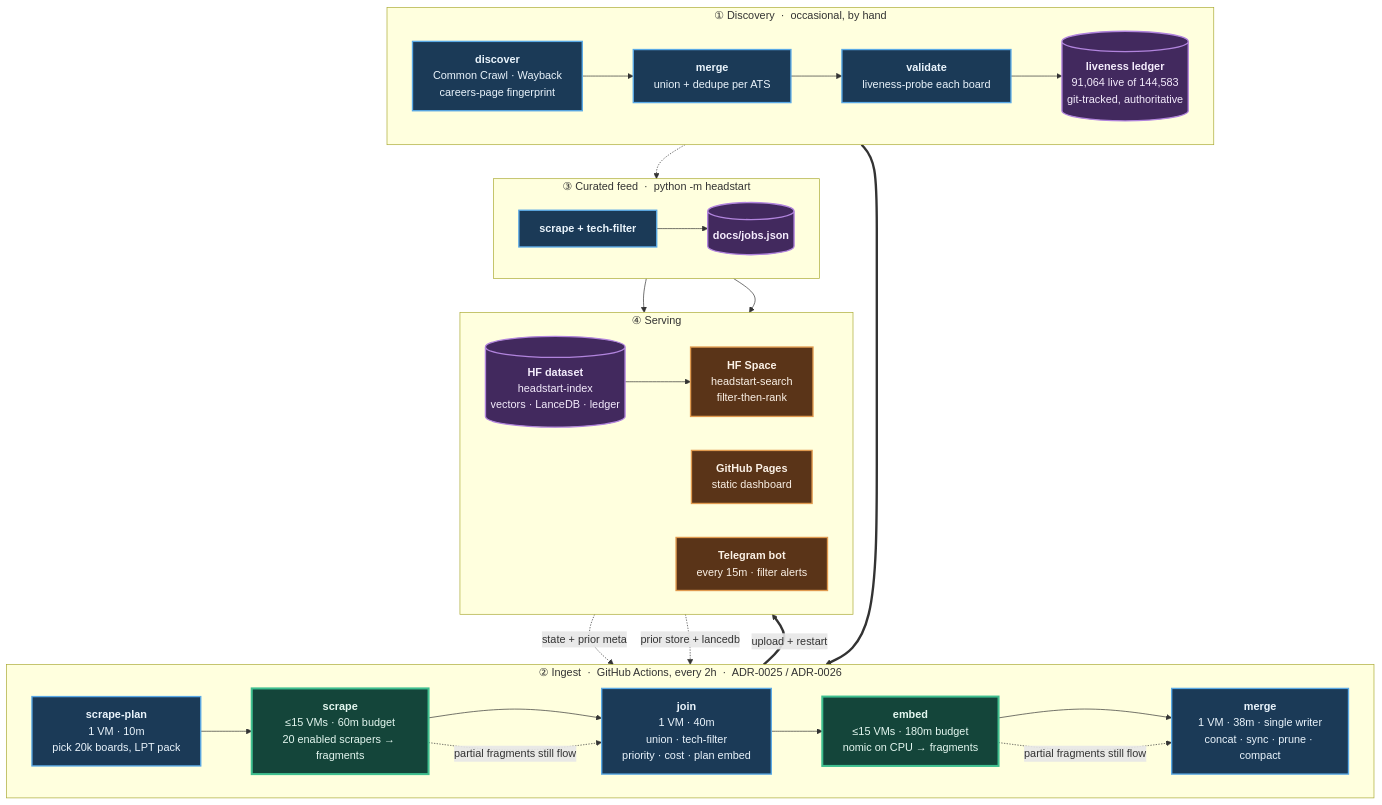
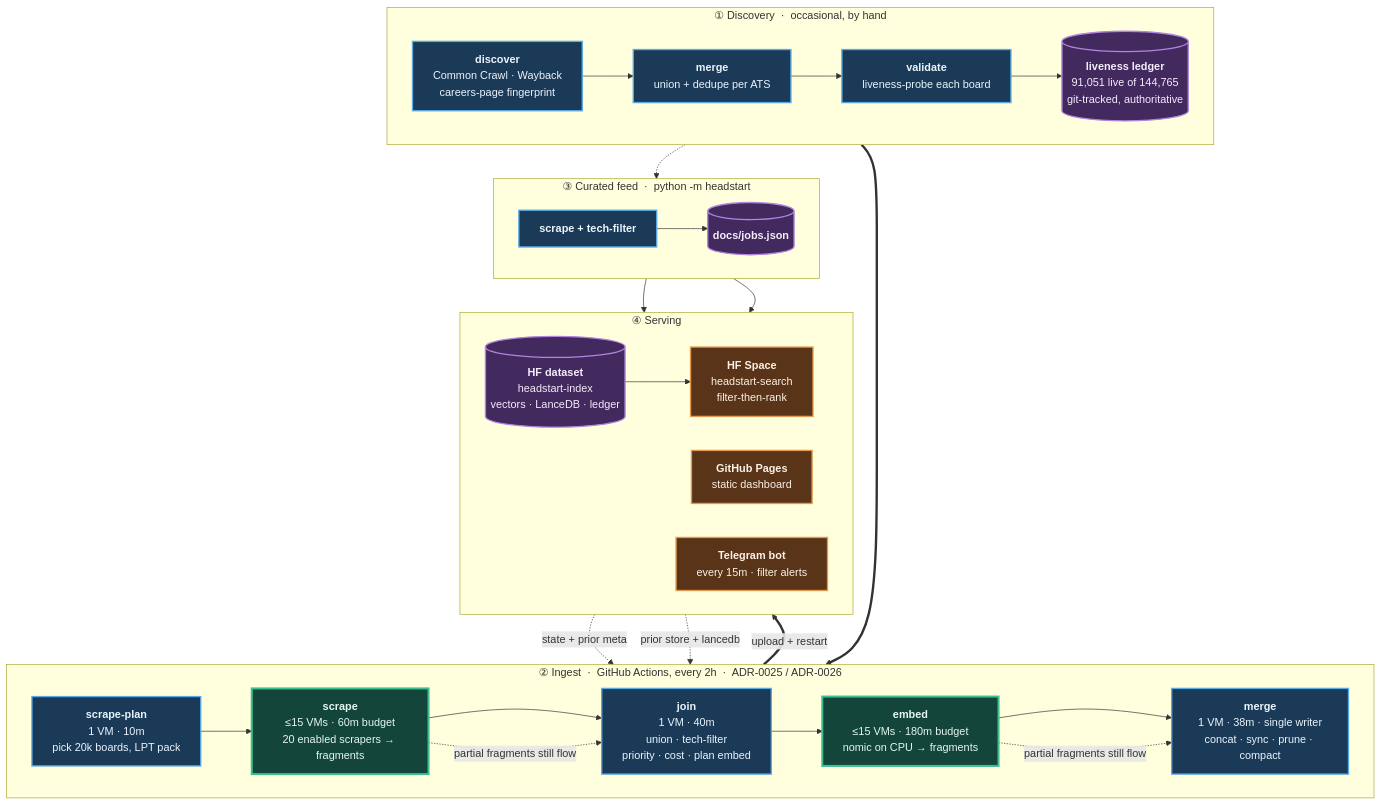
Before and after one commit to sarthakjain004/headstart: the diagram in README.md, drawn with Mermaid. The commit also changed other lines of this file and 11 other files, not shown here.

````diff
--- a/README.md
+++ b/README.md
@@ -35,56 +35,56 @@
 ```mermaid
 flowchart TB
     subgraph D["① Discovery &nbsp;·&nbsp; occasional, by hand"]
         direction LR
         D1["<b>discover</b><br/>Common Crawl · Wayback<br/>careers-page fingerprint"]
         D2["<b>merge</b><br/>union + dedupe per ATS"]
         D3["<b>validate</b><br/>liveness-probe each board"]
-        D4[("<b>liveness ledger</b><br/>91,064 live of 144,583<br/>git-tracked, authoritative")]
+        D4[("<b>liveness ledger</b><br/>91,051 live of 144,765<br/>git-tracked, authoritative")]
         D1 --> D2 --> D3 --> D4
     end
 
     subgraph P["② Ingest &nbsp;·&nbsp; GitHub Actions, every 2h &nbsp;·&nbsp; ADR-0025 / ADR-0026"]
         direction LR
         P1["<b>scrape-plan</b><br/>1 VM · 10m<br/>pick 20k boards, LPT pack"]
         P2["<b>scrape</b><br/>≤15 VMs · 60m budget<br/>20 enabled scrapers → fragments"]
         P3["<b>join</b><br/>1 VM · 40m<br/>union · tech-filter<br/>priority · cost · plan embed"]
         P4["<b>embed</b><br/>≤15 VMs · 180m budget<br/>nomic on CPU → fragments"]
         P5["<b>merge</b><br/>1 VM · 38m · single writer<br/>concat · sync · prune · compact"]
         P1 --> P2 --> P3 --> P4 --> P5
     end
 
     subgraph F["③ Curated feed &nbsp;·&nbsp; python -m headstart"]
         direction LR
         F1["<b>scrape + tech-filter</b>"]
         F2[("<b>docs/jobs.json</b>")]
         F1 --> F2
     end
 
     subgraph S["④ Serving"]
         direction LR
         S1[("<b>HF dataset</b><br/>headstart-index<br/>vectors · LanceDB · ledger")]
         S2["<b>HF Space</b><br/>headstart-search<br/>filter-then-rank"]
         S3["<b>GitHub Pages</b><br/>static dashboard"]
         S4["<b>Telegram bot</b><br/>every 15m · filter alerts"]
         S1 --> S2
     end
 
     D4 ==> P1
     S1 -. "state + prior meta" .-> P1
     S1 -. "prior store + lancedb" .-> P5
     D4 -.-> F1
     P5 ==>|"upload + restart"| S1
     F2 --> S3
     F2 --> S4
     P2 -. "partial fragments still flow" .-> P3
     P4 -. "partial fragments still flow" .-> P5
 
     classDef serial fill:#1b3a57,stroke:#5aa9e6,stroke-width:2px,color:#eaf4fc
     classDef fan fill:#14453a,stroke:#3fbf8f,stroke-width:3px,color:#e4f7f0
     classDef store fill:#42295e,stroke:#b184dd,stroke-width:2px,color:#f4ecfc
     classDef serve fill:#5a3418,stroke:#e09a4f,stroke-width:2px,color:#fbf1e6
     class D1,D2,D3,P1,P3,P5,F1 serial
     class P2,P4 fan
     class D4,F2,S1 store
     class S2,S3,S4 serve
 ```
````
